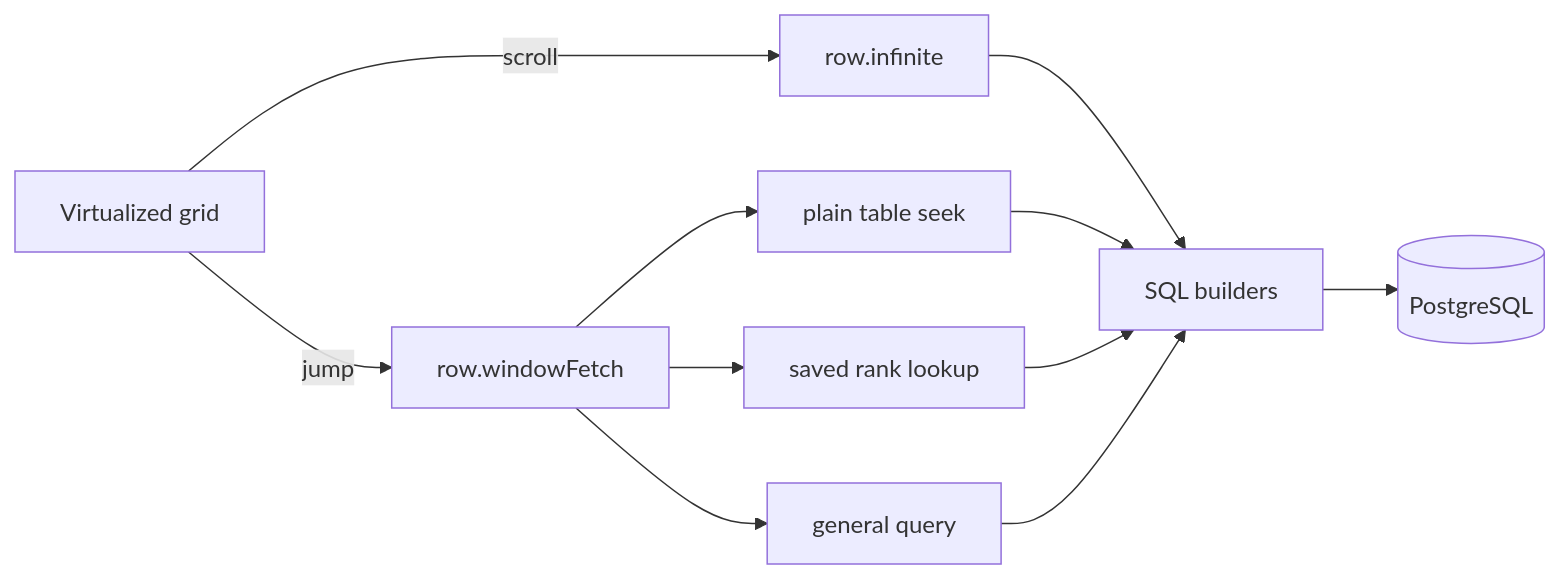
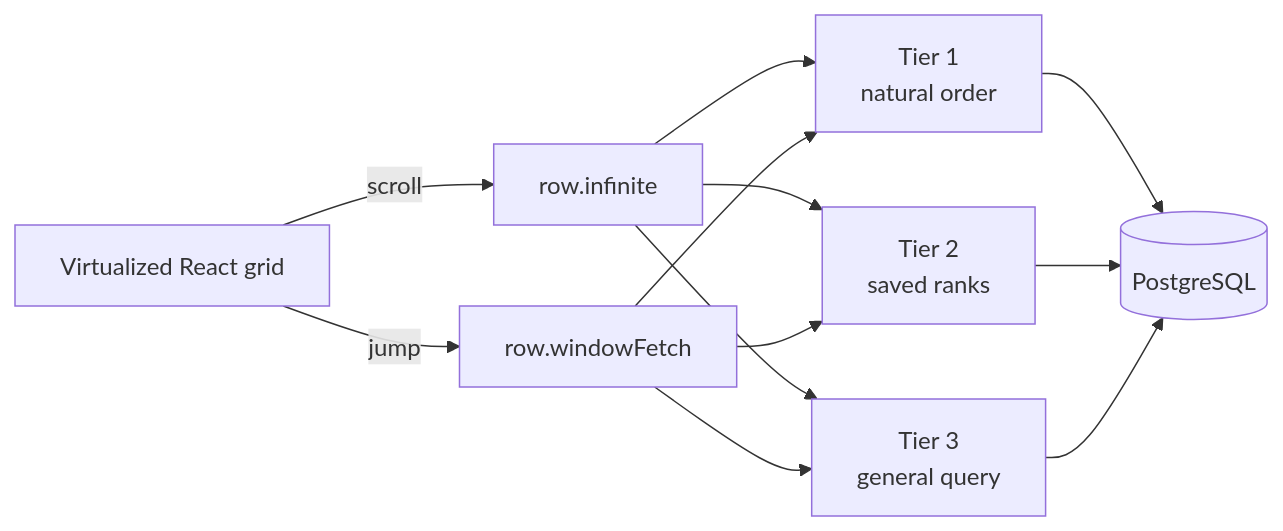
The diagram in docs/architecture.md (HarshitBadam/airtable-engine), drawn with Mermaid before and after one commit. The commit also changed other lines of this file and 16 other files, not shown here.

````diff
--- a/docs/architecture.md
+++ b/docs/architecture.md
@@ -16,15 +13,14 @@
 ```mermaid
 flowchart LR
-  GRID["Virtualized grid"] -->|"scroll"| INF["row.infinite"]
+  GRID["Virtualized React grid"] -->|"scroll"| INF["row.infinite"]
   GRID -->|"jump"| WIN["row.windowFetch"]
-
-  INF --> SQL["SQL builders"]
-  WIN --> T1["plain table seek"]
-  WIN --> T2["saved rank lookup"]
-  WIN --> T3["general query"]
-
-  T1 --> SQL
-  T2 --> SQL
-  T3 --> SQL
-  SQL --> PG[("PostgreSQL")]
+  INF --> T1["Tier 1<br/>natural order"]
+  INF --> T2["Tier 2<br/>saved ranks"]
+  INF --> T3["Tier 3<br/>general query"]
+  WIN --> T1
+  WIN --> T2
+  WIN --> T3
+  T1 --> PG[("PostgreSQL")]
+  T2 --> PG
+  T3 --> PG
 ```
````
